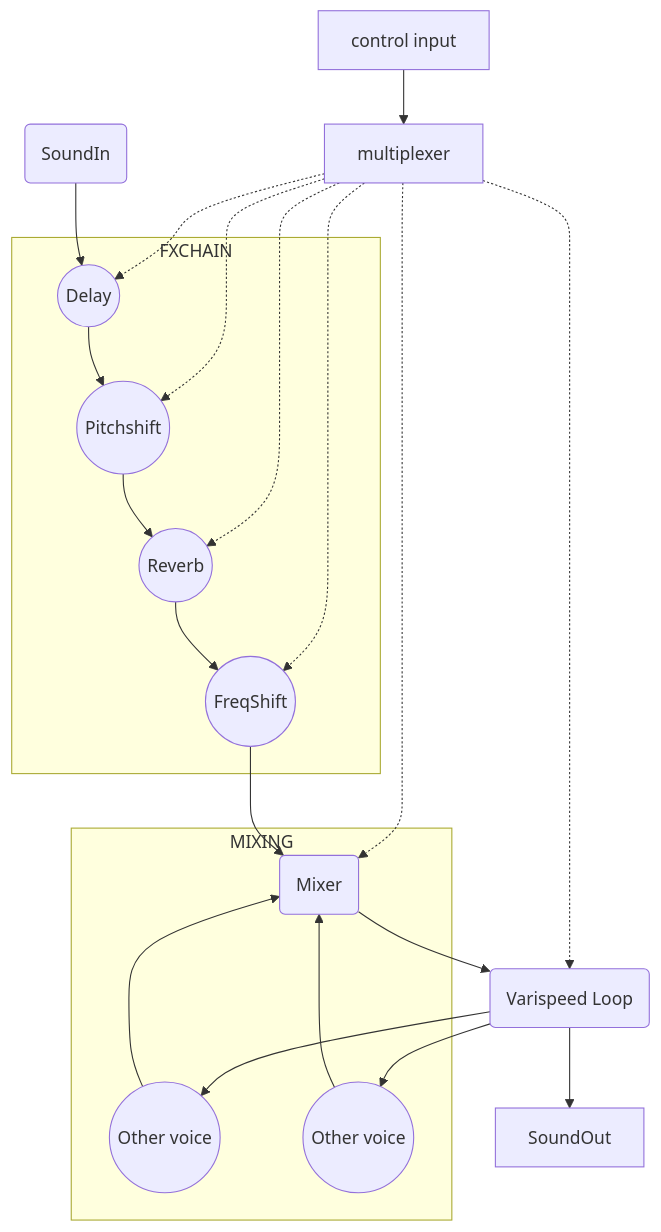
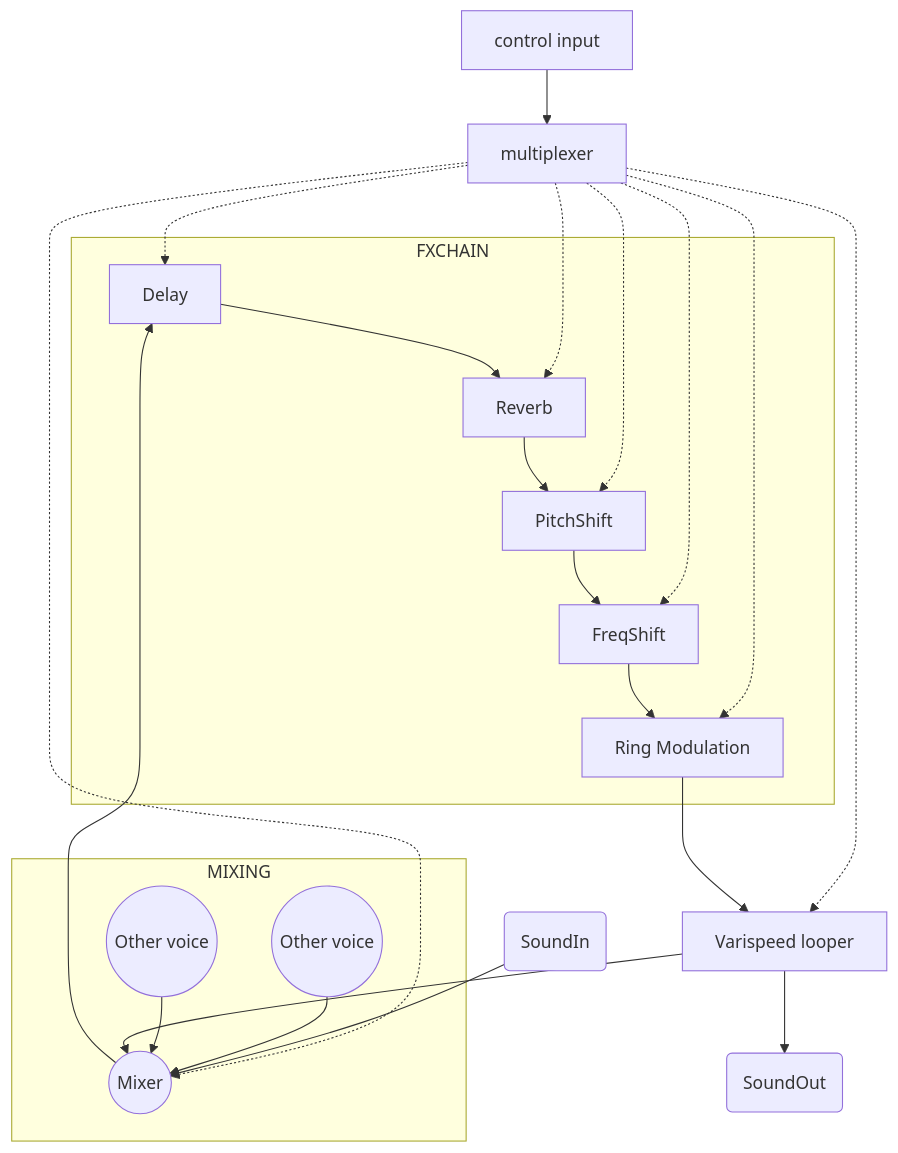
One commit to madskjeldgaard/web changed the sixth of 6 diagrams in content/projects/vortex.md. Above: the diagram before and after it, drawn with Mermaid. The commit also changed other lines of this file and 3 other files, not shown here.

```diff
--- a/content/projects/vortex.md
+++ b/content/projects/vortex.md
@@ -133,41 +307,46 @@
 {{<mermaid>}}
 graph TB
 
-W[control input]
-W --> I
+C[control input]
+M[multiplexer]
+C --> M
 
-I[multiplexer]
-I -.-> B
-I -.-> C
-I -.-> D
-I -.-> E
-I -.-> F
-I -.-> G
+M -.-> FX1
+M -.-> FX2
+M -.-> FX3
+M -.-> FX4
+M -.-> FX5
+M -.-> VAR
+M -.-> MIX
+
+SI(SoundIn)
+SI --> MIX
 
 
-A(SoundIn)
-A --> B
+FX1[Delay]
+FX2[Reverb]
+FX3[PitchShift]
+FX4[FreqShift]
+FX5[Ring Modulation]
 
 subgraph FXCHAIN
-B((Delay))
-C((Pitchshift))
-D((Reverb))
-E((FreqShift))
-
-B --> C
-C --> D
-D --> E
+FX1 --> FX2 --> FX3 --> FX4 --> FX5
 end
 
+MIX((Mixer))
+OV1((Other voice))
+OV2((Other voice))
+
 subgraph MIXING
-H((Other voice)) --> F
-Z((Other voice)) --> F
-E --> F(Mixer)
+OV1 --> MIX
+OV2 --> MIX
+MIX --> FX1
 end
 
-G --> H
-F --> G(Varispeed Loop)
-G --> Z
-G --> SoundOut
+VAR[Varispeed looper]
+SO(SoundOut)
+
+FX5 --> VAR --> SO
+VAR --> MIX
 
 {{</mermaid>}}
```
